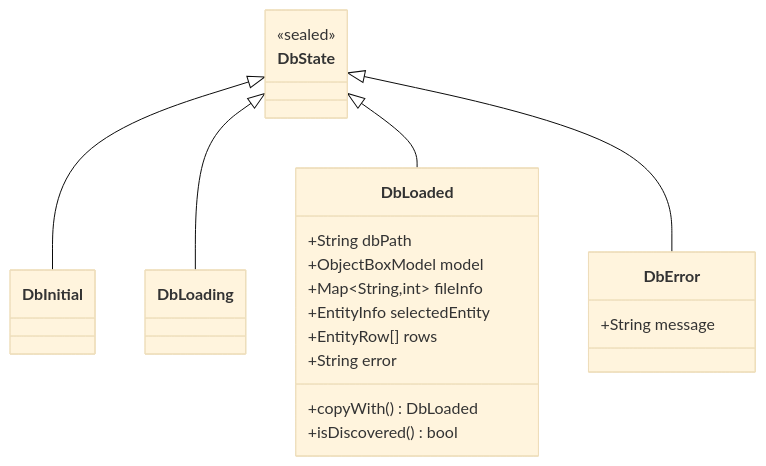
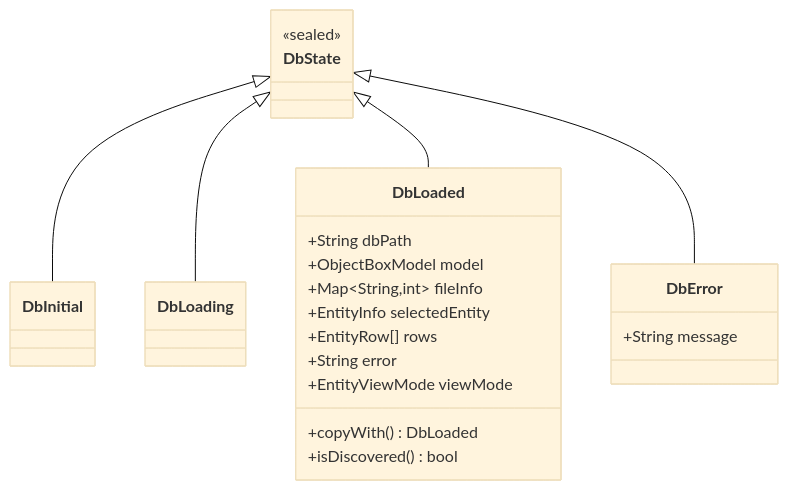
Before and after one commit to kongpf8848/objectbox_viewer: the seventh of 15 diagrams in .qoder/repowiki/zh/content/架构设计/状态管理设计.md, drawn with Mermaid (base theme). The commit also changed other lines of this file and 9 other files, not shown here.

````diff
--- a/.qoder/repowiki/zh/content/架构设计/状态管理设计.md
+++ b/.qoder/repowiki/zh/content/架构设计/状态管理设计.md
@@ -246,27 +284,28 @@
 ```mermaid
 classDiagram
 class DbState {
 <<sealed>>
 }
 class DbInitial {
 }
 class DbLoading {
 }
 class DbLoaded {
 +String dbPath
 +ObjectBoxModel model
 +Map~String,int~ fileInfo
 +EntityInfo selectedEntity
 +EntityRow[] rows
 +String error
++EntityViewMode viewMode
 +copyWith() DbLoaded
 +isDiscovered() bool
 }
 class DbError {
 +String message
 }
 DbState <|-- DbInitial
 DbState <|-- DbLoading
 DbState <|-- DbLoaded
 DbState <|-- DbError
 ```
````
